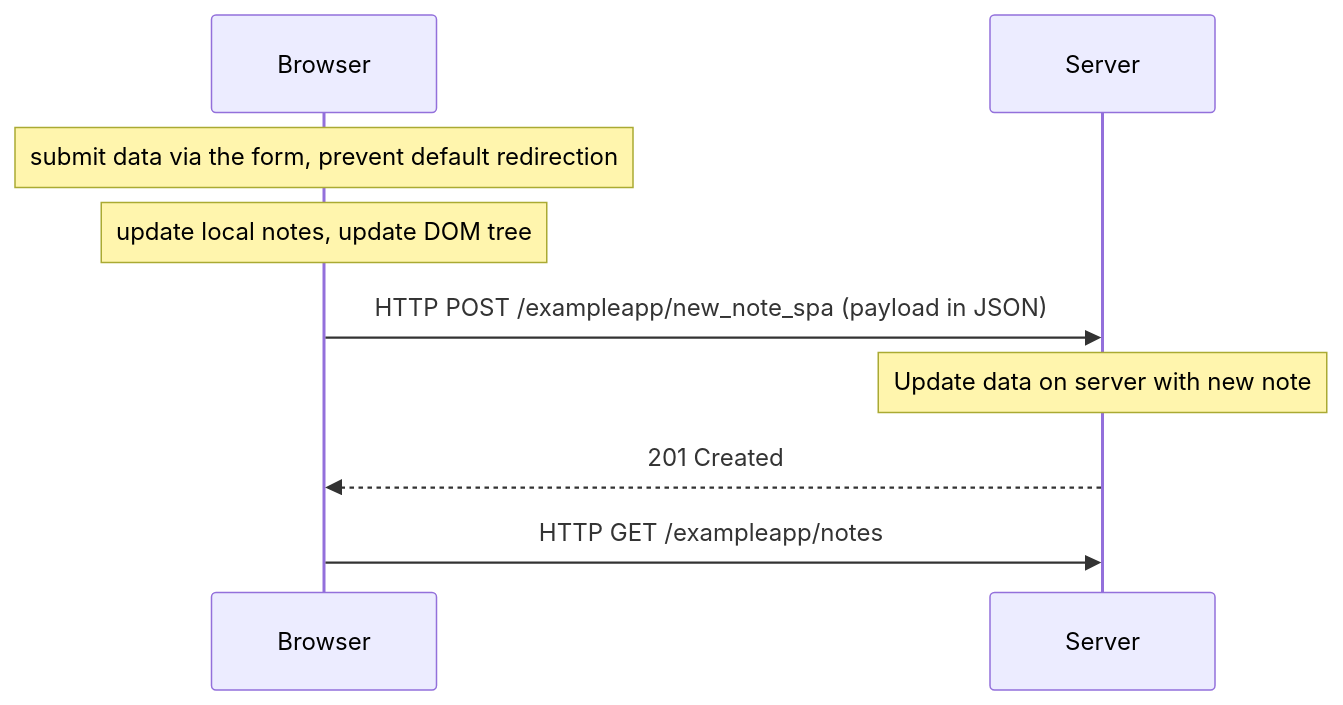
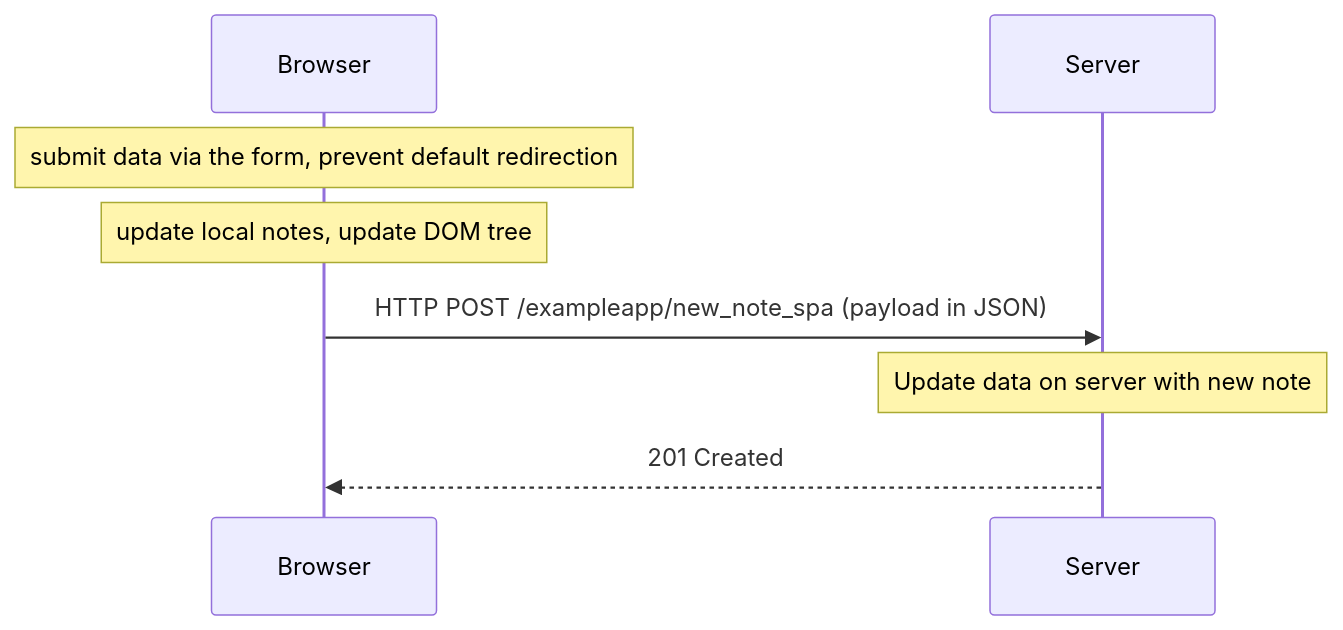
Before and after one commit to znss1989/fullstack-open: the diagram in part0/0-6-create-new-note-spa.md, drawn with Mermaid.

````diff
--- a/part0/0-6-create-new-note-spa.md
+++ b/part0/0-6-create-new-note-spa.md
@@ -1,9 +1,8 @@
 ```mermaid
 sequenceDiagram
 note over Browser: submit data via the form, prevent default redirection
 note over Browser: update local notes, update DOM tree
 Browser->>Server: HTTP POST /exampleapp/new_note_spa (payload in JSON)
 note over Server: Update data on server with new note
 Server-->>Browser: 201 Created
-Browser->>Server: HTTP GET /exampleapp/notes
 ``` 
````
